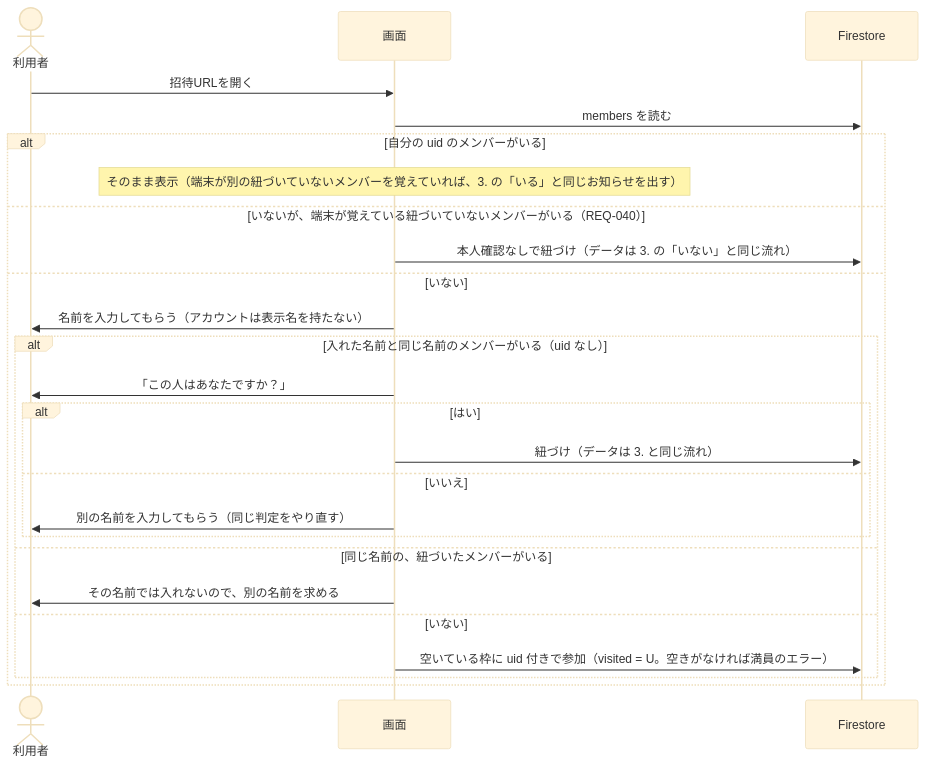
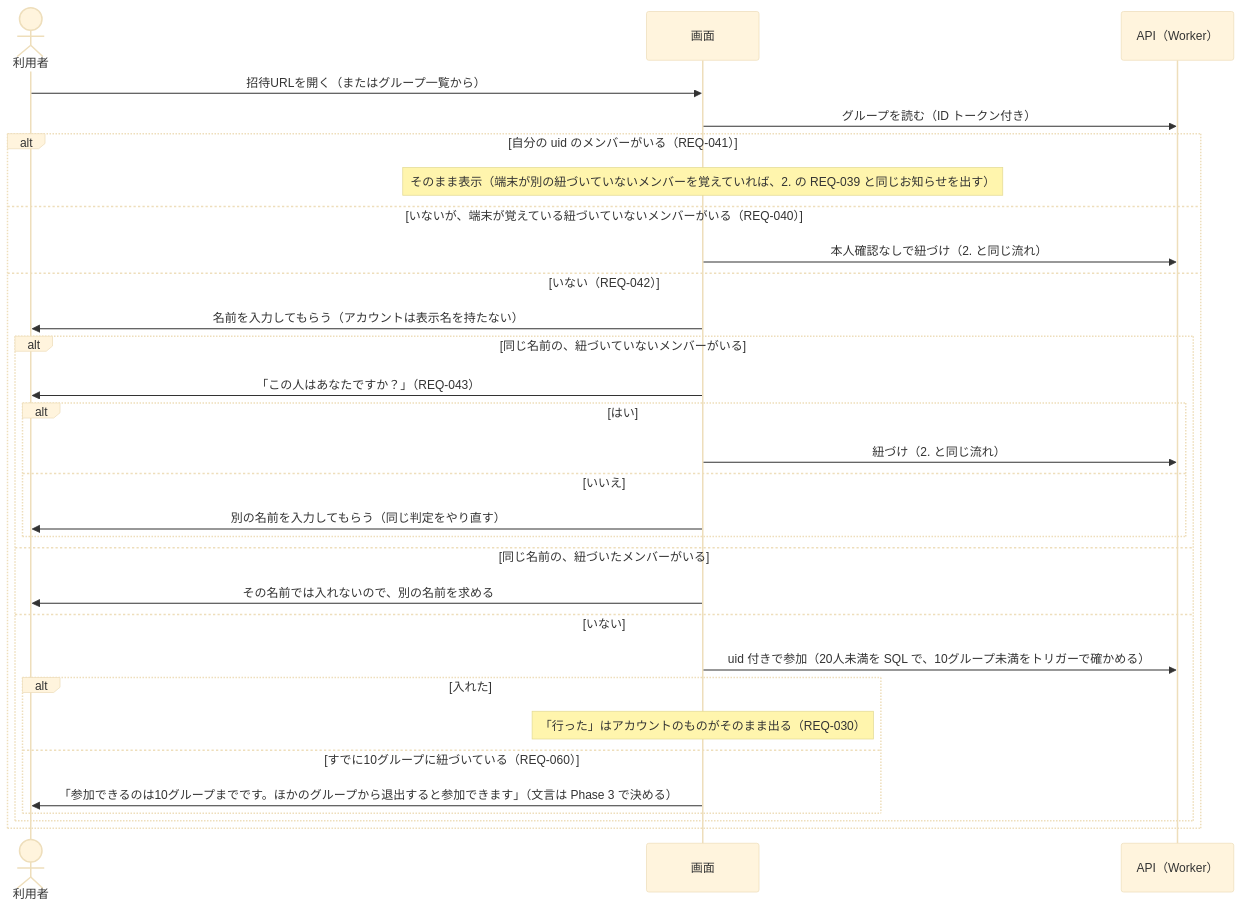
The third of 4 diagrams in docs/design/auth-flow.md (yuppy52/tabikaigi-map), drawn with Mermaid (base theme) before and after one commit. The commit also changed other lines of this file and 11 other files, not shown here.

````diff
--- a/docs/design/auth-flow.md
+++ b/docs/design/auth-flow.md
@@ -120,28 +119,33 @@
 ```mermaid
 sequenceDiagram
   actor U as 利用者
   participant App as 画面
-  participant DB as Firestore
+  participant API as API（Worker）
 
-  U->>App: 招待URLを開く
-  App->>DB: members を読む
-  alt 自分の uid のメンバーがいる
-    Note over App: そのまま表示（端末が別の紐づいていないメンバーを覚えていれば、3. の「いる」と同じお知らせを出す）
+  U->>App: 招待URLを開く（またはグループ一覧から）
+  App->>API: グループを読む（ID トークン付き）
+  alt 自分の uid のメンバーがいる（REQ-041）
+    Note over App: そのまま表示（端末が別の紐づいていないメンバーを覚えていれば、2. の REQ-039 と同じお知らせを出す）
   else いないが、端末が覚えている紐づいていないメンバーがいる（REQ-040）
-    App->>DB: 本人確認なしで紐づけ（データは 3. の「いない」と同じ流れ）
-  else いない
+    App->>API: 本人確認なしで紐づけ（2. と同じ流れ）
+  else いない（REQ-042）
     App->>U: 名前を入力してもらう（アカウントは表示名を持たない）
-    alt 入れた名前と同じ名前のメンバーがいる（uid なし）
-      App->>U: 「この人はあなたですか？」
+    alt 同じ名前の、紐づいていないメンバーがいる
+      App->>U: 「この人はあなたですか？」（REQ-043）
       alt はい
-        App->>DB: 紐づけ（データは 3. と同じ流れ）
+        App->>API: 紐づけ（2. と同じ流れ）
       else いいえ
         App->>U: 別の名前を入力してもらう（同じ判定をやり直す）
       end
     else 同じ名前の、紐づいたメンバーがいる
       App->>U: その名前では入れないので、別の名前を求める
     else いない
-      App->>DB: 空いている枠に uid 付きで参加（visited = U。空きがなければ満員のエラー）
+      App->>API: uid 付きで参加（20人未満を SQL で、10グループ未満をトリガーで確かめる）
+      alt 入れた
+        Note over App: 「行った」はアカウントのものがそのまま出る（REQ-030）
+      else すでに10グループに紐づいている（REQ-060）
+        App->>U: 「参加できるのは10グループまでです。ほかのグループから退出すると参加できます」（文言は Phase 3 で決める）
+      end
     end
   end
 ```
````
